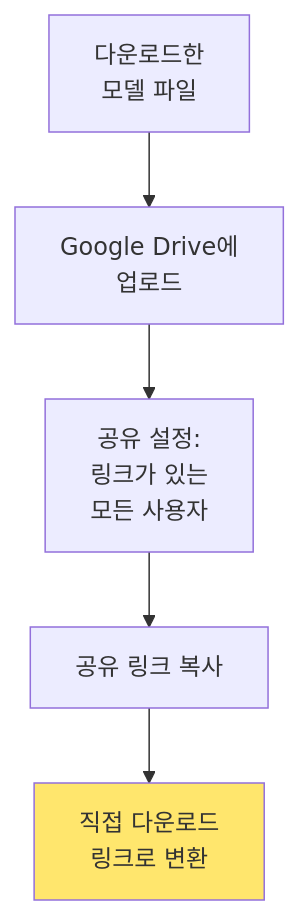
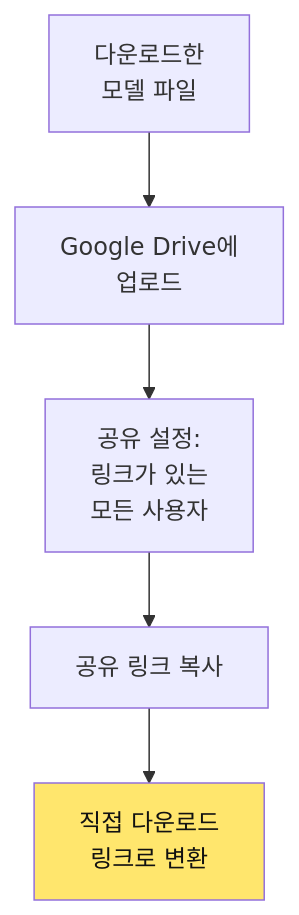
The sixth of 16 diagrams in docs/07_앱인벤터_Teachable_Machine_연동가이드.md (Collegenie-X/Smart_Factory_Arms_Project), drawn with Mermaid before and after one commit. The commit also changed other lines of this file and 2 other files, not shown here.

````diff
--- a/docs/07_앱인벤터_Teachable_Machine_연동가이드.md
+++ b/docs/07_앱인벤터_Teachable_Machine_연동가이드.md
@@ -272,9 +272,9 @@
 ```mermaid
 graph TB
     A[다운로드한<br/>모델 파일] --> B[Google Drive에<br/>업로드]
     B --> C[공유 설정:<br/>링크가 있는<br/>모든 사용자]
     C --> D[공유 링크 복사]
     D --> E[직접 다운로드<br/>링크로 변환]
     
-    style E fill:#FFE66D
+    style E fill:#FFE66D,color:#111
 ```
````
